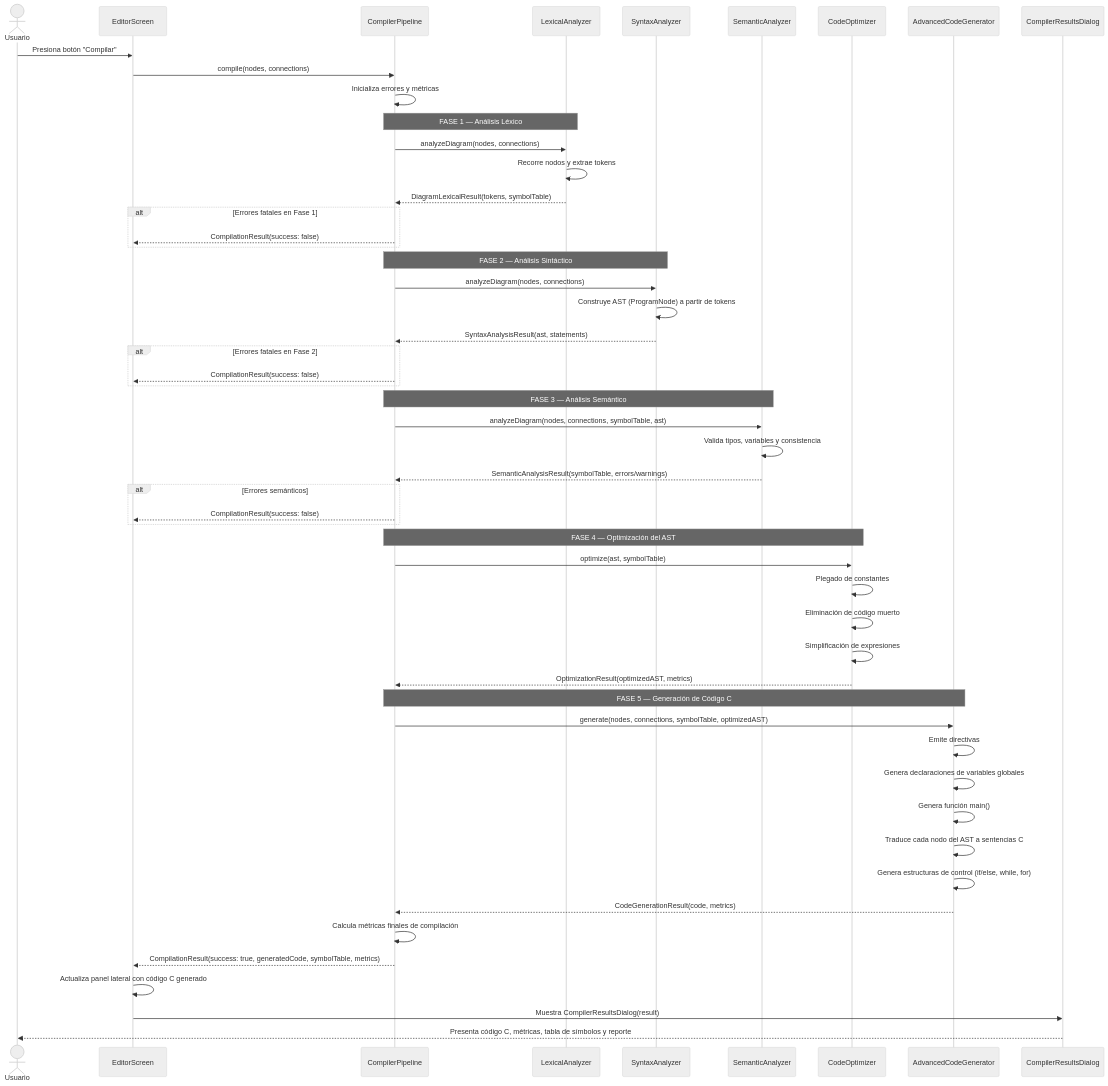
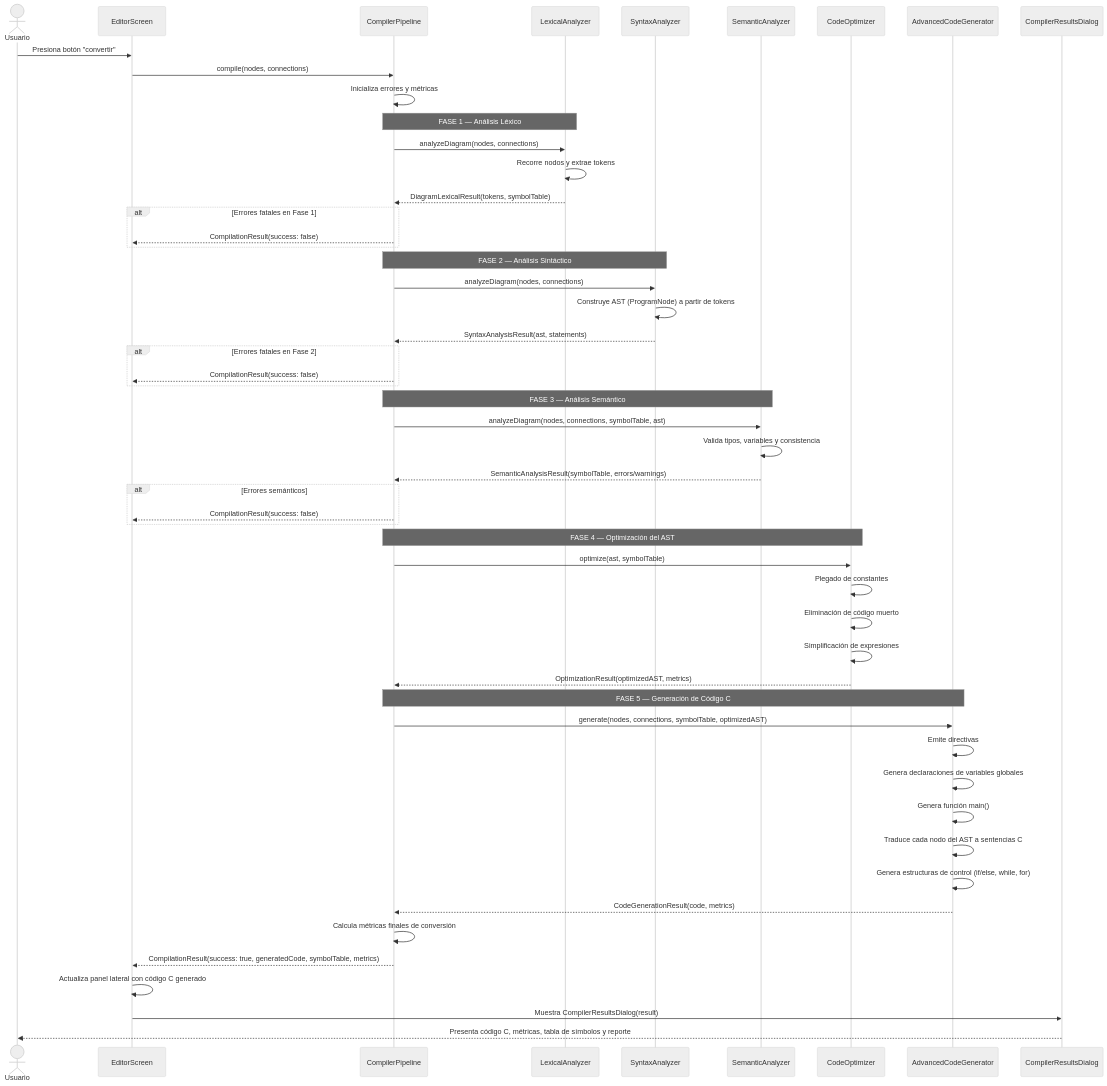
The sixth of 10 diagrams in flowdiagramapp/docs/ciclo_1/diagramas_secuencia.md (GUSTAVOIVANGQ/Trabajo-Terminal), drawn with Mermaid before and after one commit. The commit also changed other lines of this file and 59 other files, not shown here.

````diff
--- a/flowdiagramapp/docs/ciclo_1/diagramas_secuencia.md
+++ b/flowdiagramapp/docs/ciclo_1/diagramas_secuencia.md
@@ -314,67 +314,67 @@
 ```mermaid
 %%{init: {'theme': 'neutral'}}%%
 sequenceDiagram
     actor Usuario
     participant ES as EditorScreen
     participant CP as CompilerPipeline
     participant LA as LexicalAnalyzer
     participant SA as SyntaxAnalyzer
     participant SemA as SemanticAnalyzer
     participant Optimizer as CodeOptimizer
     participant Gen as AdvancedCodeGenerator
     participant CRD as CompilerResultsDialog
 
-    Usuario->>ES: Presiona botón "Compilar"
+    Usuario->>ES: Presiona botón "convertir"
     ES->>CP: compile(nodes, connections)
     CP->>CP: Inicializa errores y métricas
 
     Note over CP,LA: FASE 1 — Análisis Léxico
     CP->>LA: analyzeDiagram(nodes, connections)
     LA->>LA: Recorre nodos y extrae tokens
     LA-->>CP: DiagramLexicalResult(tokens, symbolTable)
 
     alt Errores fatales en Fase 1
         CP-->>ES: CompilationResult(success: false)
     end
 
     Note over CP,SA: FASE 2 — Análisis Sintáctico
     CP->>SA: analyzeDiagram(nodes, connections)
     SA->>SA: Construye AST (ProgramNode) a partir de tokens
     SA-->>CP: SyntaxAnalysisResult(ast, statements)
 
     alt Errores fatales en Fase 2
         CP-->>ES: CompilationResult(success: false)
     end
 
     Note over CP,SemA: FASE 3 — Análisis Semántico
     CP->>SemA: analyzeDiagram(nodes, connections, symbolTable, ast)
     SemA->>SemA: Valida tipos, variables y consistencia
     SemA-->>CP: SemanticAnalysisResult(symbolTable, errors/warnings)
 
     alt Errores semánticos
         CP-->>ES: CompilationResult(success: false)
     end
 
     Note over CP,Optimizer: FASE 4 — Optimización del AST
     CP->>Optimizer: optimize(ast, symbolTable)
     Optimizer->>Optimizer: Plegado de constantes
     Optimizer->>Optimizer: Eliminación de código muerto
     Optimizer->>Optimizer: Simplificación de expresiones
     Optimizer-->>CP: OptimizationResult(optimizedAST, metrics)
 
     Note over CP,Gen: FASE 5 — Generación de Código C
     CP->>Gen: generate(nodes, connections, symbolTable, optimizedAST)
     Gen->>Gen: Emite directivas #include
     Gen->>Gen: Genera declaraciones de variables globales
     Gen->>Gen: Genera función main()
     Gen->>Gen: Traduce cada nodo del AST a sentencias C
     Gen->>Gen: Genera estructuras de control (if/else, while, for)
     Gen-->>CP: CodeGenerationResult(code, metrics)
 
-    CP->>CP: Calcula métricas finales de compilación
+    CP->>CP: Calcula métricas finales de conversión
     CP-->>ES: CompilationResult(success: true, generatedCode, symbolTable, metrics)
 
     ES->>ES: Actualiza panel lateral con código C generado
     ES->>CRD: Muestra CompilerResultsDialog(result)
     CRD-->>Usuario: Presenta código C, métricas, tabla de símbolos y reporte
 ```
````
